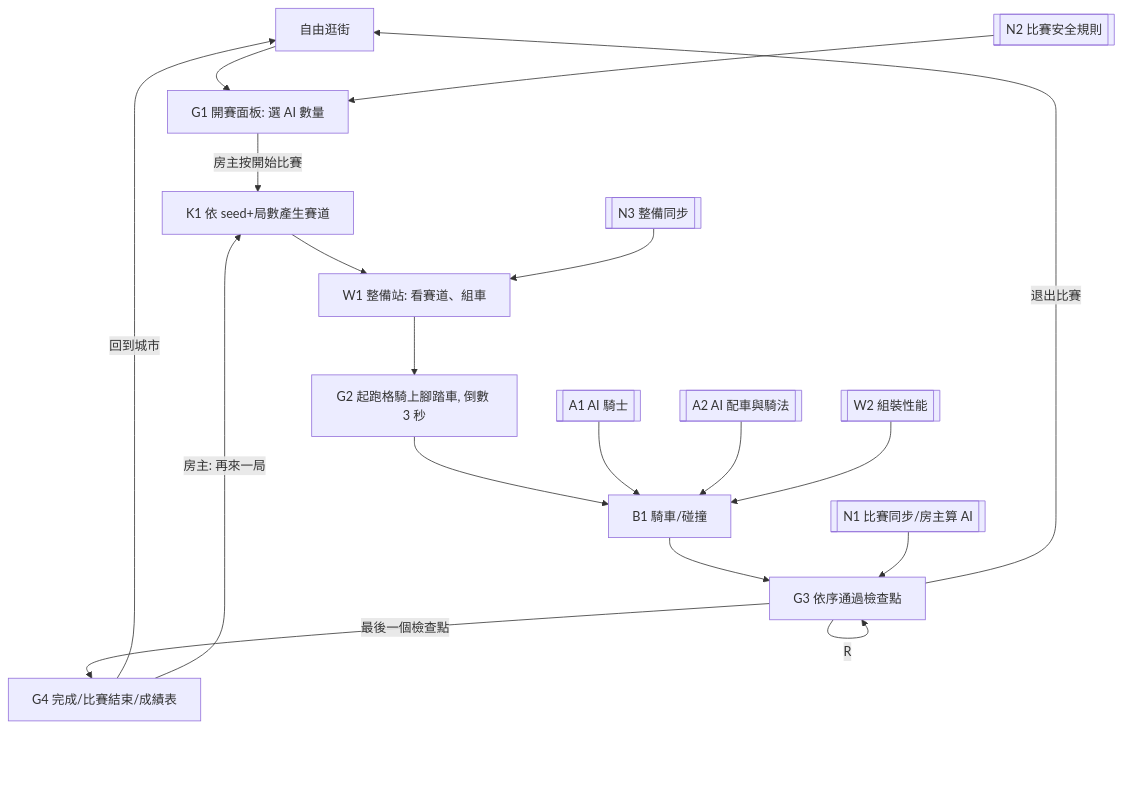
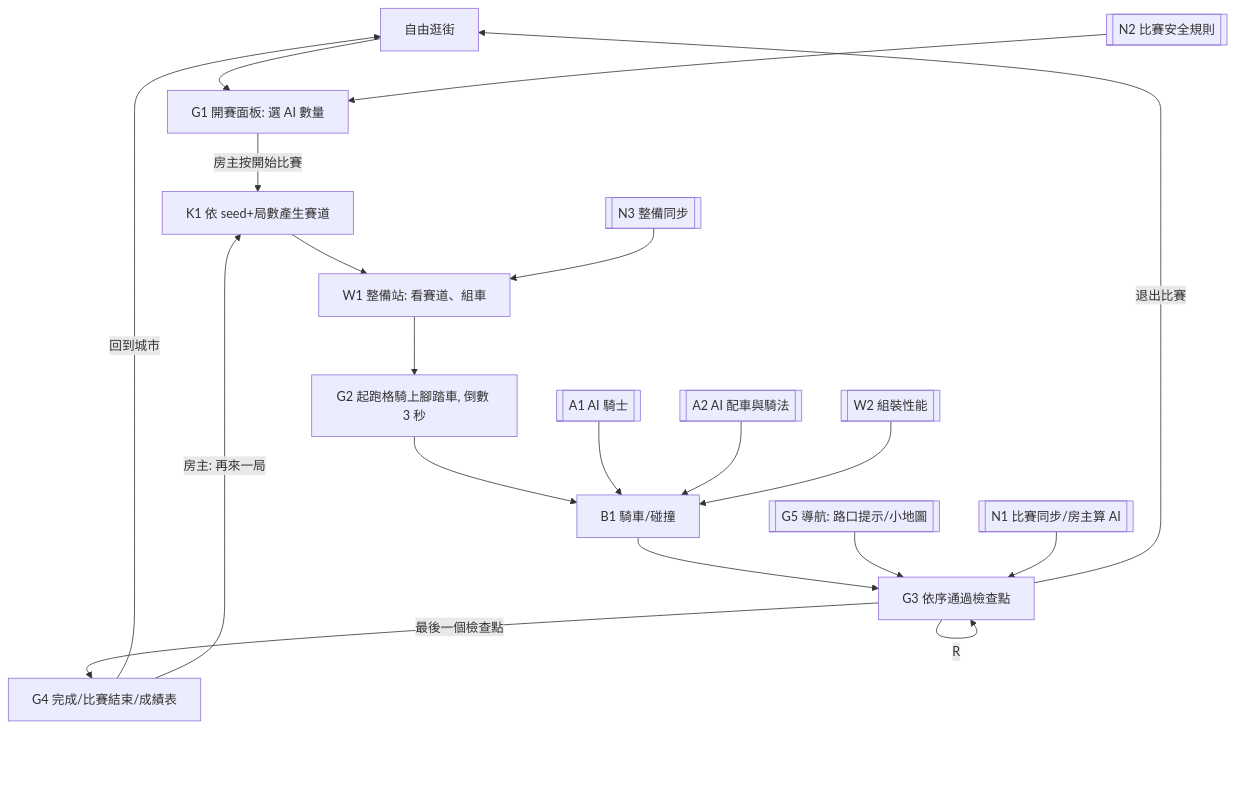
Before and after one commit to yanchen184/taipei-bike: the second of 2 diagrams in docs/spec/01-flow.md, drawn with Mermaid. The commit also changed other lines of this file and 11 other files, not shown here.

First line of the commit message:
feat: 比賽導航：路口提示與小地圖

````diff
--- a/docs/spec/01-flow.md
+++ b/docs/spec/01-flow.md
@@ -83,21 +83,22 @@
 ```mermaid
 flowchart TD
   F[自由逛街] --> G1[G1 開賽面板: 選 AI 數量]
   G1 -->|房主按開始比賽| K1[K1 依 seed+局數產生賽道]
   K1 --> W1[W1 整備站: 看賽道、組車]
   W1 --> G2[G2 起跑格騎上腳踏車, 倒數 3 秒]
   G2 --> B1[B1 騎車/碰撞]
   B1 --> G3[G3 依序通過檢查點]
   G3 -->|R| G3
+  G5[[G5 導航: 路口提示/小地圖]] --> G3
   G3 -->|最後一個檢查點| G4[G4 完成/比賽結束/成績表]
   G4 -->|回到城市| F
   G4 -->|房主: 再來一局| K1
   G3 -->|退出比賽| F
 
   A1[[A1 AI 騎士]] --> B1
   A2[[A2 AI 配車與騎法]] --> B1
   W2[[W2 組裝性能]] --> B1
   N3[[N3 整備同步]] --> W1
   N1[[N1 比賽同步/房主算 AI]] --> G3
   N2[[N2 比賽安全規則]] --> G1
 ```
````
